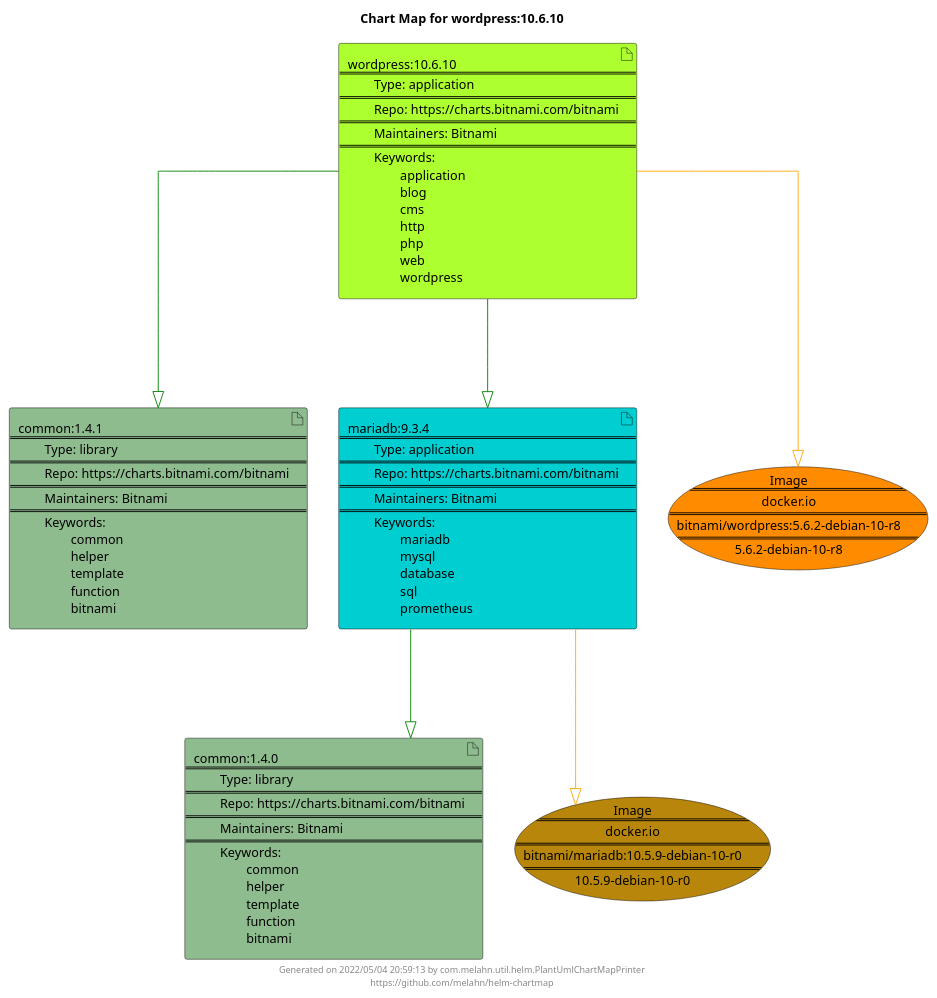
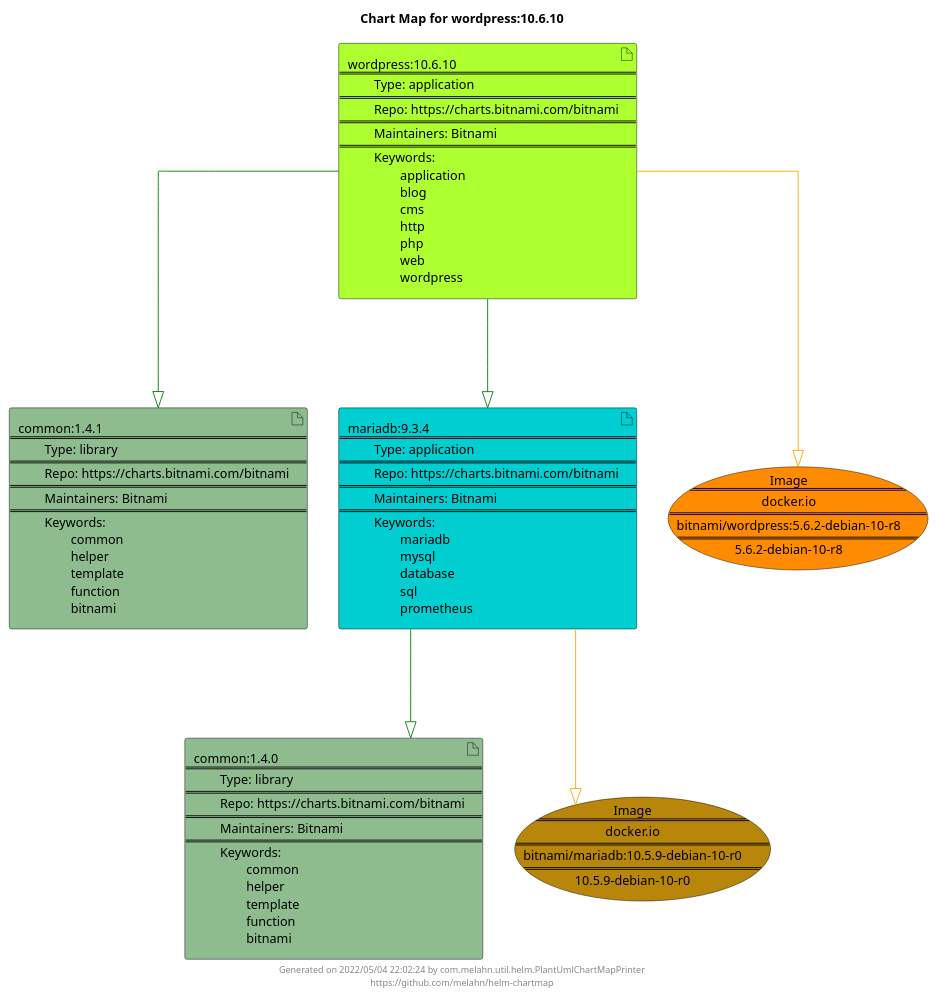
One commit to melahn/helm-chartmap changed the diagram in docs/wordpress/wordpress-10.6.10.puml. Above: the diagram before and after it, drawn with PlantUML. The commit also changed 63 other files, not shown here.

Commit message:
Update Example Chart Maps as part of GitHub build

```diff
--- a/docs/wordpress/wordpress-10.6.10.puml
+++ b/docs/wordpress/wordpress-10.6.10.puml
@@ -1,29 +1,29 @@
 @startuml
 skinparam linetype ortho
 skinparam backgroundColor white
 skinparam usecaseBorderColor black
 skinparam usecaseArrowColor LightSlateGray
 skinparam artifactBorderColor black
 skinparam artifactArrowColor LightSlateGray
 
 title Chart Map for wordpress:10.6.10
 
 'There are 4 referenced Helm Charts
 artifact "common:1.4.1\n====\n\tType: library\n====\n\tRepo: https://charts.bitnami.com/bitnami\n====\n\tMaintainers: Bitnami\n====\n\tKeywords: \n\t\tcommon\n\t\thelper\n\t\ttemplate\n\t\tfunction\n\t\tbitnami" as common_1_4_1 #DarkSeaGreen
 artifact "mariadb:9.3.4\n====\n\tType: application\n====\n\tRepo: https://charts.bitnami.com/bitnami\n====\n\tMaintainers: Bitnami\n====\n\tKeywords: \n\t\tmariadb\n\t\tmysql\n\t\tdatabase\n\t\tsql\n\t\tprometheus" as mariadb_9_3_4 #DarkTurquoise
 artifact "common:1.4.0\n====\n\tType: library\n====\n\tRepo: https://charts.bitnami.com/bitnami\n====\n\tMaintainers: Bitnami\n====\n\tKeywords: \n\t\tcommon\n\t\thelper\n\t\ttemplate\n\t\tfunction\n\t\tbitnami" as common_1_4_0 #DarkSeaGreen
 artifact "wordpress:10.6.10\n====\n\tType: application\n====\n\tRepo: https://charts.bitnami.com/bitnami\n====\n\tMaintainers: Bitnami\n====\n\tKeywords: \n\t\tapplication\n\t\tblog\n\t\tcms\n\t\thttp\n\t\tphp\n\t\tweb\n\t\twordpress" as wordpress_10_6_10 #GreenYellow
 
 'There are 2 referenced Docker Images
 usecase "Image\n====\ndocker.io\n====\nbitnami/wordpress:5.6.2-debian-10-r8\n====\n5.6.2-debian-10-r8" as docker_io_bitnami_wordpress_5_6_2_debian_10_r8 #Darkorange
 usecase "Image\n====\ndocker.io\n====\nbitnami/mariadb:10.5.9-debian-10-r0\n====\n10.5.9-debian-10-r0" as docker_io_bitnami_mariadb_10_5_9_debian_10_r0 #DarkGoldenRod
 
 'Chart Dependencies
+wordpress_10_6_10--[#green]-|>common_1_4_1
 wordpress_10_6_10--[#green]-|>mariadb_9_3_4
 mariadb_9_3_4--[#green]-|>common_1_4_0
-wordpress_10_6_10--[#green]-|>common_1_4_1
 mariadb_9_3_4--[#orange]-|>docker_io_bitnami_mariadb_10_5_9_debian_10_r0
 wordpress_10_6_10--[#orange]-|>docker_io_bitnami_wordpress_5_6_2_debian_10_r8
 
-center footer Generated on 2022/05/04 20:59:13 by com.melahn.util.helm.PlantUmlChartMapPrinter\nhttps://github.com/melahn/helm-chartmap
+center footer Generated on 2022/05/04 22:02:24 by com.melahn.util.helm.PlantUmlChartMapPrinter\nhttps://github.com/melahn/helm-chartmap
 @enduml
```
